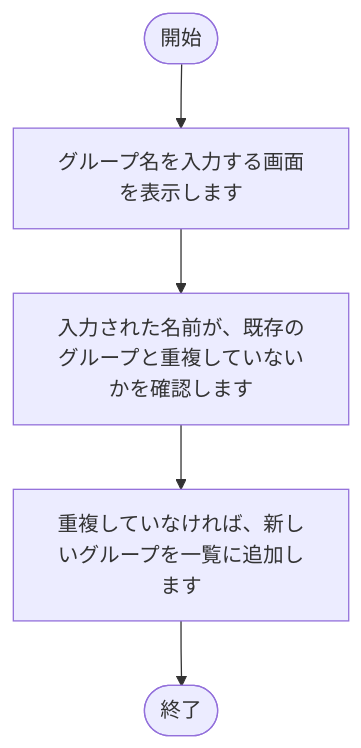
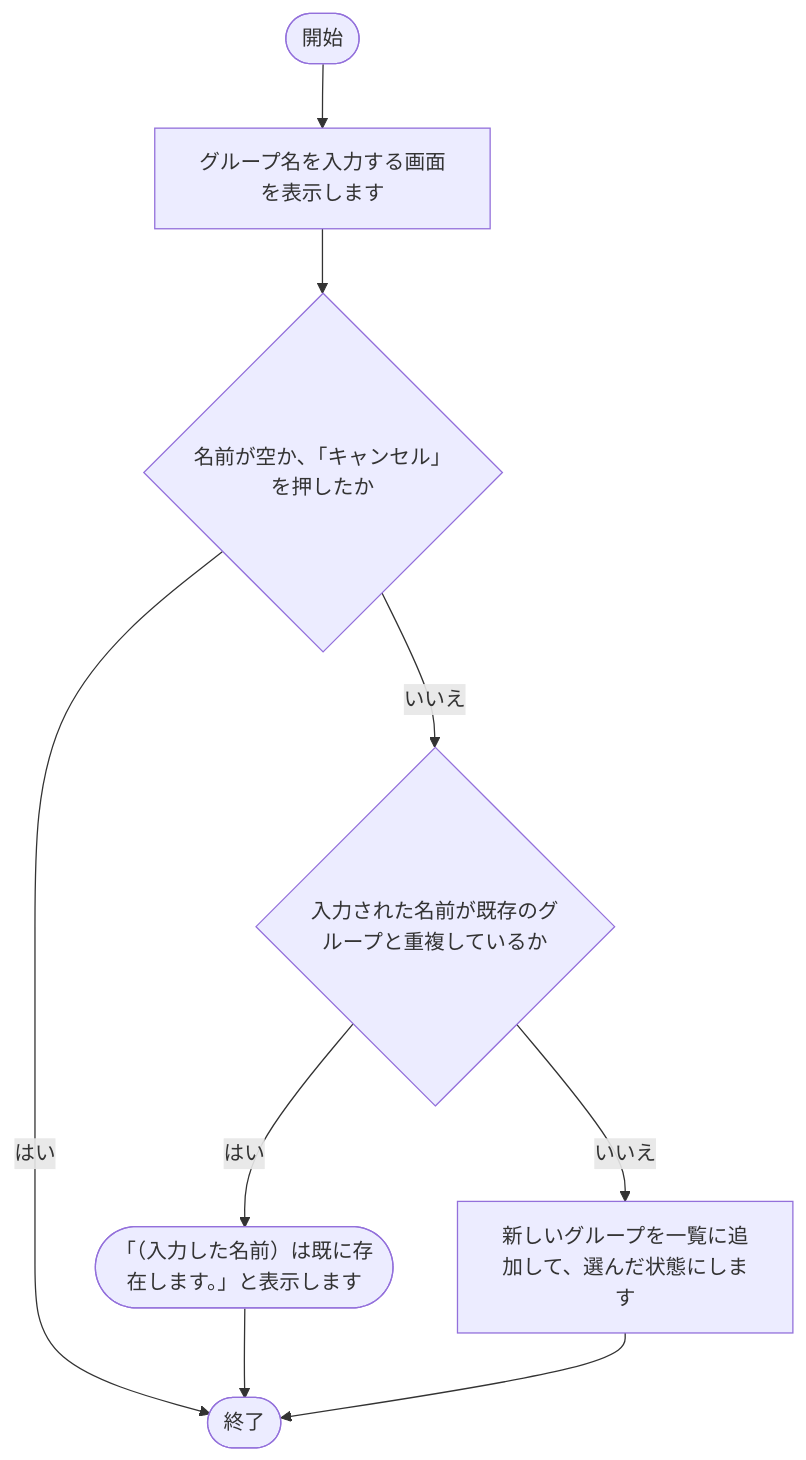
Before and after one commit to nishida2073/project_management: the seventh of 13 diagrams in tool/package-generator/doc/02_設計/処理フロー.md, drawn with Mermaid. The commit also changed other lines of this file and 81 other files, not shown here.

````diff
--- a/tool/package-generator/doc/02_設計/処理フロー.md
+++ b/tool/package-generator/doc/02_設計/処理フロー.md
@@ -198,12 +209,18 @@
 ```mermaid
 flowchart TD
     S(["開始"])
     E(["終了"])
     N1["グループ名を入力する画面を表示します"]
     S --> N1
-    N2["入力された名前が、既存のグループと重複していないかを確認します"]
-    N1 --> N2
-    N3["重複していなければ、新しいグループを一覧に追加します"]
-    N2 --> N3
+    N0{"名前が空か、「キャンセル」を押したか"}
+    N1 --> N0
+    N0 -- はい --> E
+    N2{"入力された名前が既存のグループと重複しているか"}
+    N0 -- いいえ --> N2
+    X2(["「（入力した名前）は既に存在します。」と表示します"])
+    N2 -- はい --> X2
+    X2 --> E
+    N3["新しいグループを一覧に追加して、選んだ状態にします"]
+    N2 -- いいえ --> N3
     N3 --> E
 ```
````
